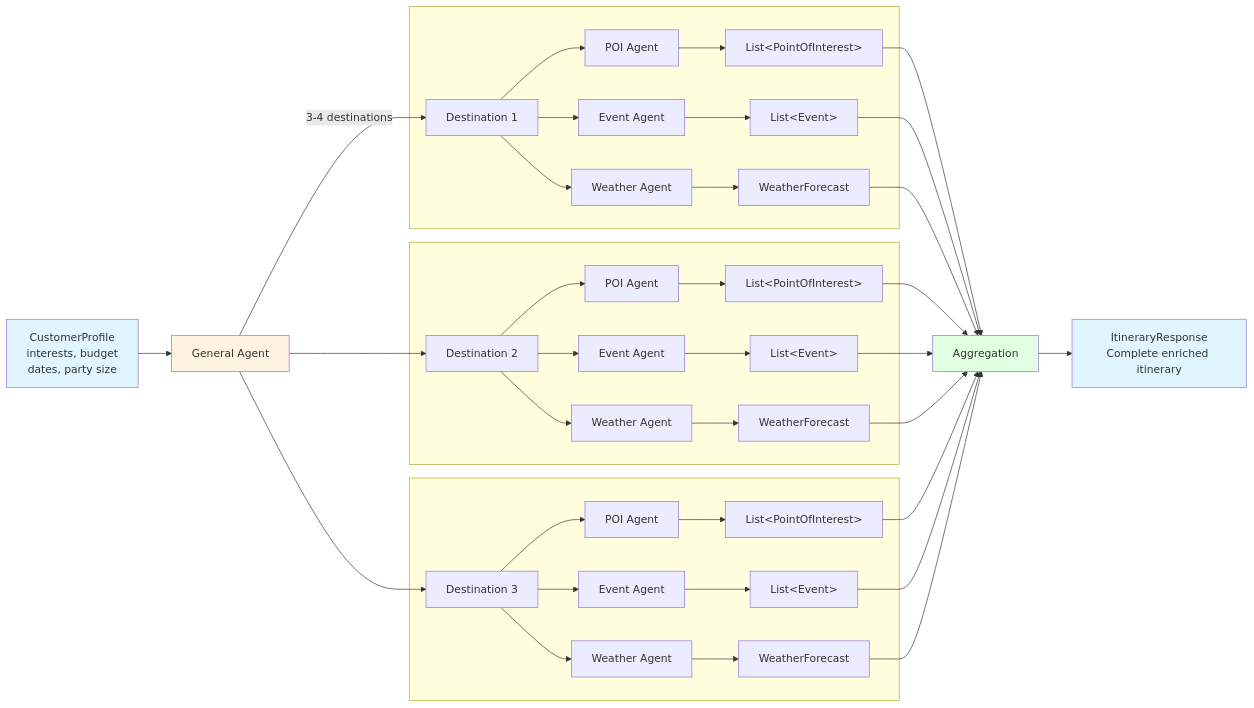
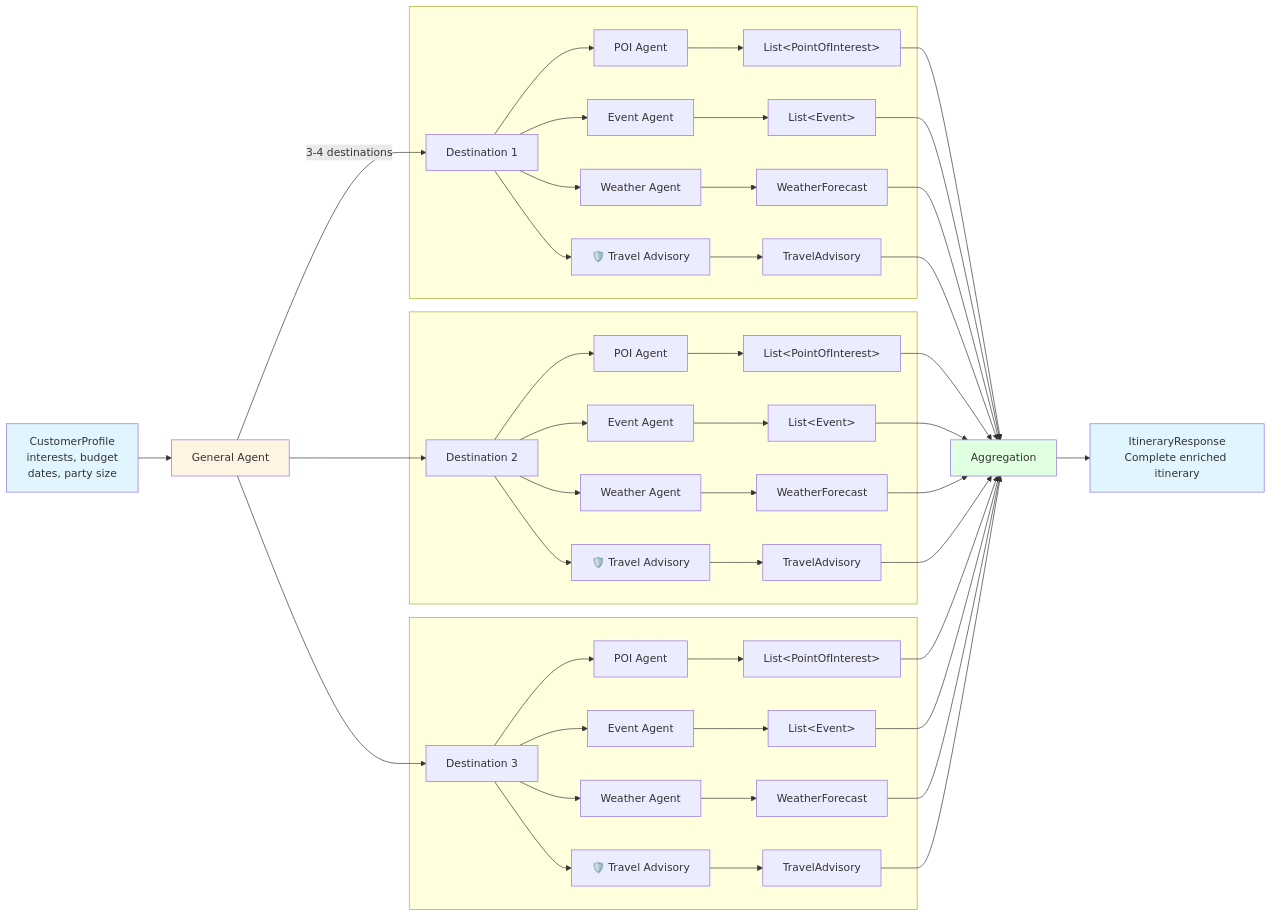
The fourth of 9 diagrams in docs/diagrams.md (dmd0822/boston-code-camp-40), drawn with Mermaid before and after one commit. The commit also changed other lines of this file and 21 other files, not shown here.

````diff
--- a/docs/diagrams.md
+++ b/docs/diagrams.md
@@ -213,55 +227,64 @@
 ```mermaid
 graph LR
     Input[CustomerProfile<br/>interests, budget<br/>dates, party size] --> Gen[General Agent]
     
     Gen -->|3-4 destinations| Dest1[Destination 1]
     Gen --> Dest2[Destination 2]
     Gen --> Dest3[Destination 3]
     
     subgraph " "
         Dest1 --> POI1[POI Agent]
         Dest1 --> Event1[Event Agent]
         Dest1 --> Weather1[Weather Agent]
+        Dest1 --> Advisory1[🛡️ Travel Advisory]
         
         POI1 --> POIList1[List&lt;PointOfInterest&gt;]
         Event1 --> EventList1[List&lt;Event&gt;]
         Weather1 --> Forecast1[WeatherForecast]
+        Advisory1 --> TravelAdv1[TravelAdvisory]
     end
     
     subgraph " "
         Dest2 --> POI2[POI Agent]
         Dest2 --> Event2[Event Agent]
         Dest2 --> Weather2[Weather Agent]
+        Dest2 --> Advisory2[🛡️ Travel Advisory]
         
         POI2 --> POIList2[List&lt;PointOfInterest&gt;]
         Event2 --> EventList2[List&lt;Event&gt;]
         Weather2 --> Forecast2[WeatherForecast]
+        Advisory2 --> TravelAdv2[TravelAdvisory]
     end
     
     subgraph " "
         Dest3 --> POI3[POI Agent]
         Dest3 --> Event3[Event Agent]
         Dest3 --> Weather3[Weather Agent]
+        Dest3 --> Advisory3[🛡️ Travel Advisory]
         
         POI3 --> POIList3[List&lt;PointOfInterest&gt;]
         Event3 --> EventList3[List&lt;Event&gt;]
         Weather3 --> Forecast3[WeatherForecast]
+        Advisory3 --> TravelAdv3[TravelAdvisory]
     end
     
     POIList1 --> Agg[Aggregation]
     EventList1 --> Agg
     Forecast1 --> Agg
+    TravelAdv1 --> Agg
     POIList2 --> Agg
     EventList2 --> Agg
     Forecast2 --> Agg
+    TravelAdv2 --> Agg
     POIList3 --> Agg
     EventList3 --> Agg
     Forecast3 --> Agg
+    TravelAdv3 --> Agg
     
     Agg --> Output[ItineraryResponse<br/>Complete enriched itinerary]
     
     style Input fill:#e1f5ff
     style Gen fill:#fff4e1
     style Agg fill:#e1ffe1
     style Output fill:#e1f5ff
 ```
````
